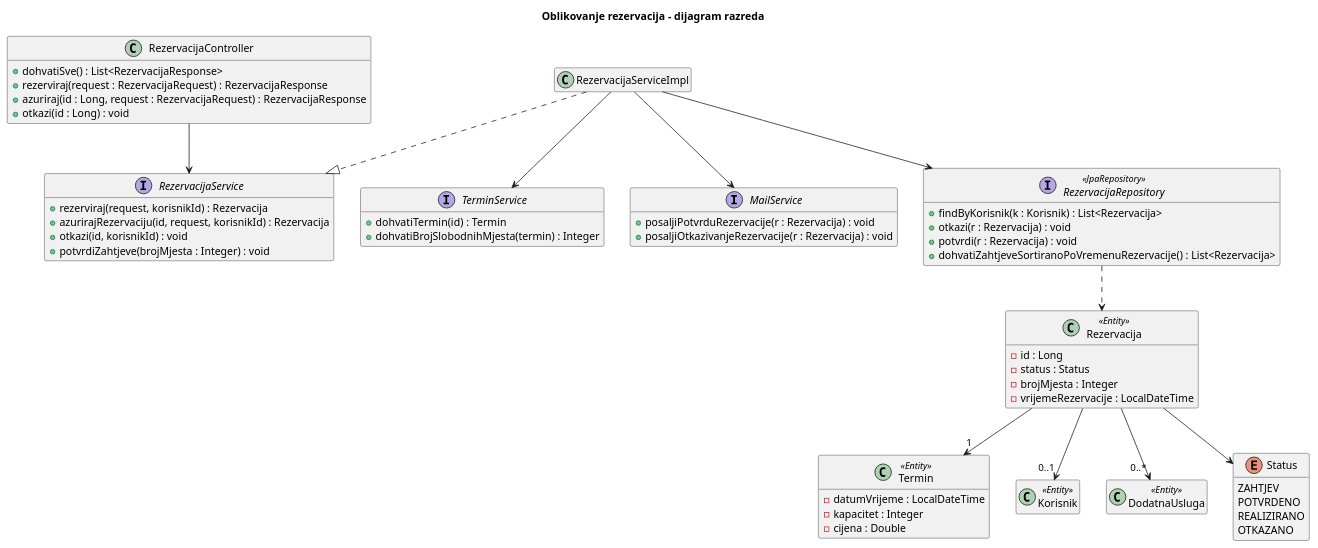
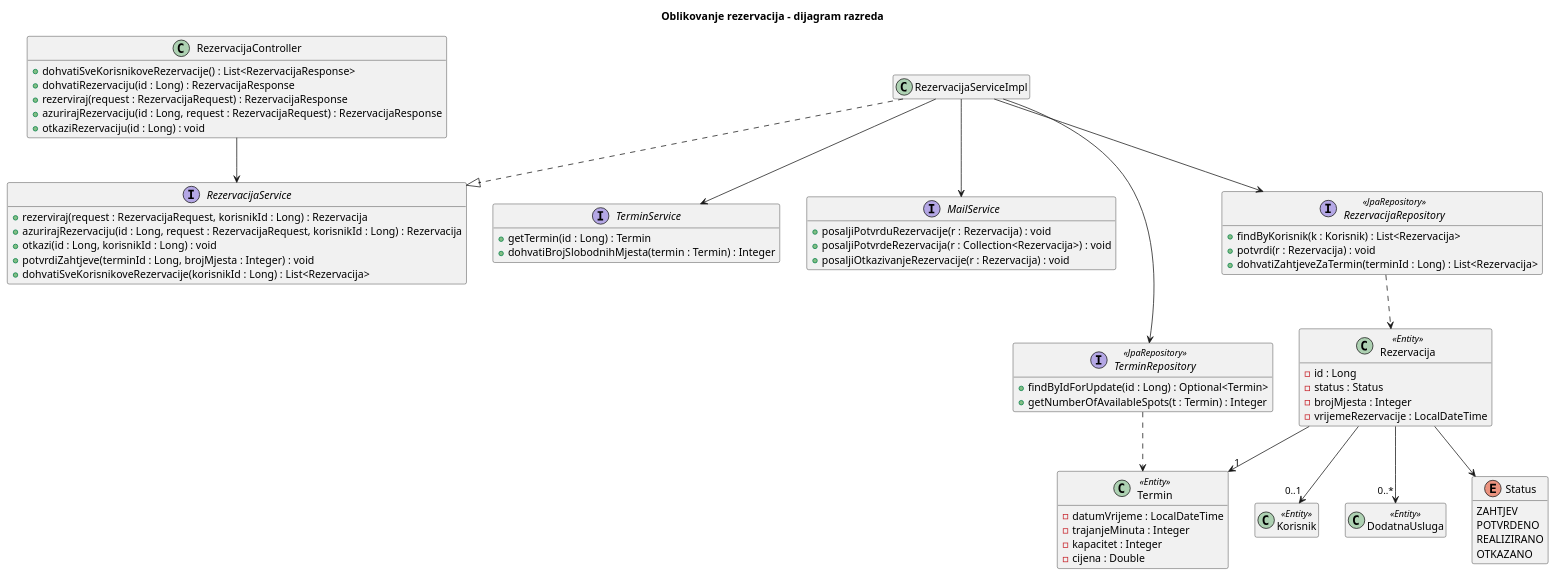
Before and after one commit to ivan-domljanovic/proinz-G11-3: the diagram in docs/puml/4-3-rezervacije-CD.puml, drawn with PlantUML.

Commit message:
Dijagram razreda za rezervacije usklađen s kodom
- ažurirani nazivi metoda prema trenutnom kodu (getTermin, potvrdiZahtjeve(terminId, brojMjesta), dohvatiZahtjeveZaTermin, otkaziRezervaciju)
- dodan TerminRepository s findByIdForUpdate (zaključavanje termina pri rezervaciji)
- dodana metoda posaljiPotvrdeRezervacija u MailService
- dodano trajanjeMinuta u Termin

```diff
--- a/docs/puml/4-3-rezervacije-CD.puml
+++ b/docs/puml/4-3-rezervacije-CD.puml
@@ -1,63 +1,72 @@
 @startuml 4-3-rezervacije-CD
 title Oblikovanje rezervacija - dijagram razreda
 skinparam shadowing false
 hide empty members
 
 class RezervacijaController {
-  +dohvatiSve() : List<RezervacijaResponse>
+  +dohvatiSveKorisnikoveRezervacije() : List<RezervacijaResponse>
+  +dohvatiRezervaciju(id : Long) : RezervacijaResponse
   +rezerviraj(request : RezervacijaRequest) : RezervacijaResponse
-  +azuriraj(id : Long, request : RezervacijaRequest) : RezervacijaResponse
-  +otkazi(id : Long) : void
+  +azurirajRezervaciju(id : Long, request : RezervacijaRequest) : RezervacijaResponse
+  +otkaziRezervaciju(id : Long) : void
 }
 interface RezervacijaService {
-  +rezerviraj(request, korisnikId) : Rezervacija
-  +azurirajRezervaciju(id, request, korisnikId) : Rezervacija
-  +otkazi(id, korisnikId) : void
-  +potvrdiZahtjeve(brojMjesta : Integer) : void
+  +rezerviraj(request : RezervacijaRequest, korisnikId : Long) : Rezervacija
+  +azurirajRezervaciju(id : Long, request : RezervacijaRequest, korisnikId : Long) : Rezervacija
+  +otkazi(id : Long, korisnikId : Long) : void
+  +potvrdiZahtjeve(terminId : Long, brojMjesta : Integer) : void
+  +dohvatiSveKorisnikoveRezervacije(korisnikId : Long) : List<Rezervacija>
 }
 class RezervacijaServiceImpl
 interface TerminService {
-  +dohvatiTermin(id) : Termin
-  +dohvatiBrojSlobodnihMjesta(termin) : Integer
+  +getTermin(id : Long) : Termin
+  +dohvatiBrojSlobodnihMjesta(termin : Termin) : Integer
 }
 interface MailService {
   +posaljiPotvrduRezervacije(r : Rezervacija) : void
+  +posaljiPotvrdeRezervacija(r : Collection<Rezervacija>) : void
   +posaljiOtkazivanjeRezervacije(r : Rezervacija) : void
 }
 interface RezervacijaRepository <<JpaRepository>> {
   +findByKorisnik(k : Korisnik) : List<Rezervacija>
-  +otkazi(r : Rezervacija) : void
   +potvrdi(r : Rezervacija) : void
-  +dohvatiZahtjeveSortiranoPoVremenuRezervacije() : List<Rezervacija>
+  +dohvatiZahtjeveZaTermin(terminId : Long) : List<Rezervacija>
+}
+interface TerminRepository <<JpaRepository>> {
+  +findByIdForUpdate(id : Long) : Optional<Termin>
+  +getNumberOfAvailableSpots(t : Termin) : Integer
 }
 class Rezervacija <<Entity>> {
   -id : Long
   -status : Status
   -brojMjesta : Integer
   -vrijemeRezervacije : LocalDateTime
 }
 class Termin <<Entity>> {
   -datumVrijeme : LocalDateTime
+  -trajanjeMinuta : Integer
   -kapacitet : Integer
   -cijena : Double
 }
 class Korisnik <<Entity>>
 class DodatnaUsluga <<Entity>>
 enum Status {
   ZAHTJEV
   POTVRDENO
   REALIZIRANO
   OTKAZANO
 }
 
 RezervacijaController --> RezervacijaService
 RezervacijaServiceImpl ..|> RezervacijaService
 RezervacijaServiceImpl --> TerminService
+RezervacijaServiceImpl --> TerminRepository
 RezervacijaServiceImpl --> MailService
 RezervacijaServiceImpl --> RezervacijaRepository
 RezervacijaRepository ..> Rezervacija
+TerminRepository ..> Termin
 Rezervacija --> "1" Termin
 Rezervacija --> "0..1" Korisnik
 Rezervacija --> "0..*" DodatnaUsluga
 Rezervacija --> Status
 @enduml
```
